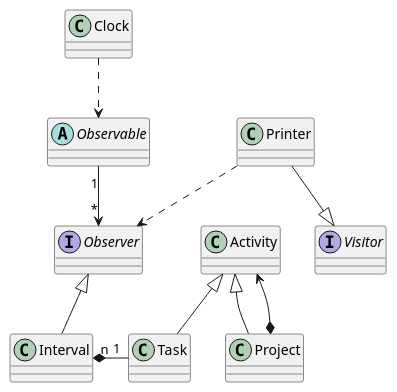
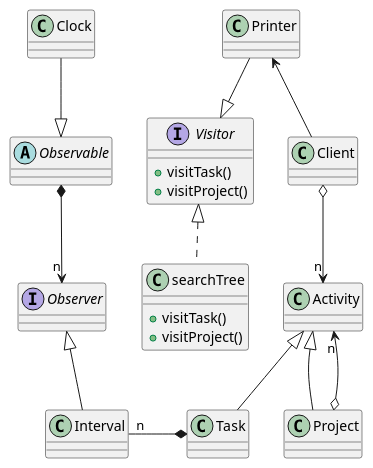
Before and after one commit to frcalderon/TimeTracker: the diagram in TimeTracker.puml, drawn with PlantUML.

Commit message:
PlantUML base class design finished

```diff
--- a/TimeTracker.puml
+++ b/TimeTracker.puml
@@ -1,34 +1,45 @@
 @startuml
+
+class Client {
+}
 
 class Project {}
 
 class Task {}
 
 class Activity {}
 
 class Interval {}
 
-interface Visitor {}
+Interface Visitor {
++ visitTask()
++ visitProject()
+}
 
-
+class searchTree {
++ visitTask()
++ visitProject()
+}
 
 interface Observer {}
 
 abstract class Observable {}
 
 class Clock {}
 
 class Printer {}
 
+Client o-down->"n" Activity
 Project -up-|> Activity
-Project *-up-> Activity
+Activity "n"<-down-o Project
 Task -up-|> Activity
 Task -[hidden]right- Project
-Interval "n" *-right- "1" Task
-Clock ..> Observable
-Printer ..> Observer
+Interval "n" -right-* Task
+Clock --|> Observable
 Printer --|> Visitor
 Interval -up-|> Observer
-Observable "1"-->"*" Observer
+Observable *-->"n" Observer
+Client -up-> Printer
+searchTree .up.|> Visitor
 
 @enduml
```
